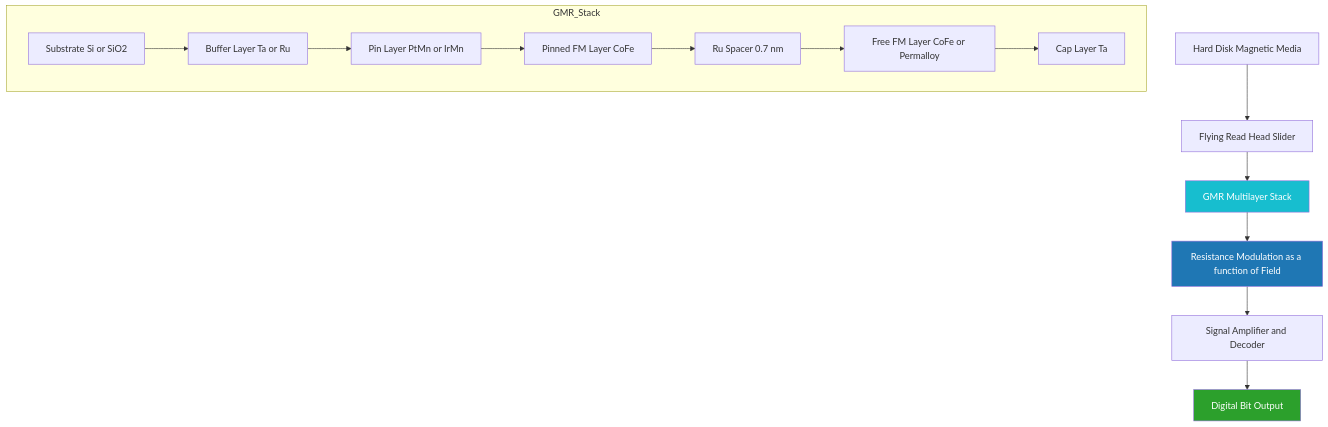
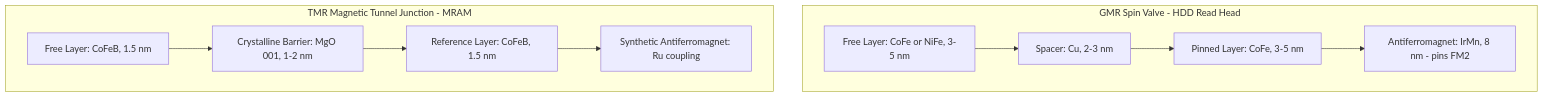
One commit to vishnuu-kr/ktunode changed the third of 5 diagrams in public/notes/computer-science-and-engineering/semester-1/gxcyt122-chemistry-for-information-science-and-electrical-science/02-module-2-materials-for-electronic-applications/materials-used-in-quantum-computing-technology-super-capacitors-spintronics/notes.md. Above: the diagram before and after it, drawn with Mermaid. The commit also changed other lines of this file and 4829 other files, not shown here.

````diff
--- a/public/notes/computer-science-and-engineering/semester-1/gxcyt122-chemistry-for-information-science-and-electrical-science/02-module-2-materials-for-electronic-applications/materials-used-in-quantum-computing-technology-super-capacitors-spintronics/notes.md
+++ b/public/notes/computer-science-and-engineering/semester-1/gxcyt122-chemistry-for-information-science-and-electrical-science/02-module-2-materials-for-electronic-applications/materials-used-in-quantum-computing-technology-super-capacitors-spintronics/notes.md
@@ -790,19 +510,18 @@
 ```mermaid
-flowchart TD
-    A[Hard Disk Magnetic Media] --> B[Flying Read Head Slider]
-    B --> C[GMR Multilayer Stack]
-    subgraph GMR_Stack
-        C1[Substrate Si or SiO2] --> C2[Buffer Layer Ta or Ru]
-        C2 --> C3[Pin Layer PtMn or IrMn]
-        C3 --> C4[Pinned FM Layer CoFe]
-        C4 --> C5[Ru Spacer 0.7 nm]
-        C5 --> C6[Free FM Layer CoFe or Permalloy]
-        C6 --> C7[Cap Layer Ta]
+flowchart TB
+    subgraph SpinValve[GMR Spin Valve - HDD Read Head]
+        FM1[Free Layer: CoFe or NiFe, 3-5 nm]
+        NM[Spacer: Cu, 2-3 nm]
+        FM2[Pinned Layer: CoFe, 3-5 nm]
+        AF[Antiferromagnet: IrMn, 8 nm - pins FM2]
+        FM1 --> NM --> FM2 --> AF
     end
-    C --> D[Resistance Modulation as a function of Field]
-    D --> E[Signal Amplifier and Decoder]
-    E --> F[Digital Bit Output]
-    style C fill:#17becf,color:#ffffff
-    style D fill:#1f77b4,color:#ffffff
-    style F fill:#2ca02c,color:#ffffff
+
+    subgraph MTJ[TMR Magnetic Tunnel Junction - MRAM]
+        F1m[Free Layer: CoFeB, 1.5 nm]
+        BAR[Crystalline Barrier: MgO 001, 1-2 nm]
+        F2m[Reference Layer: CoFeB, 1.5 nm]
+        SAF[Synthetic Antiferromagnet: Ru coupling]
+        F1m --> BAR --> F2m --> SAF
+    end
 ```
````
